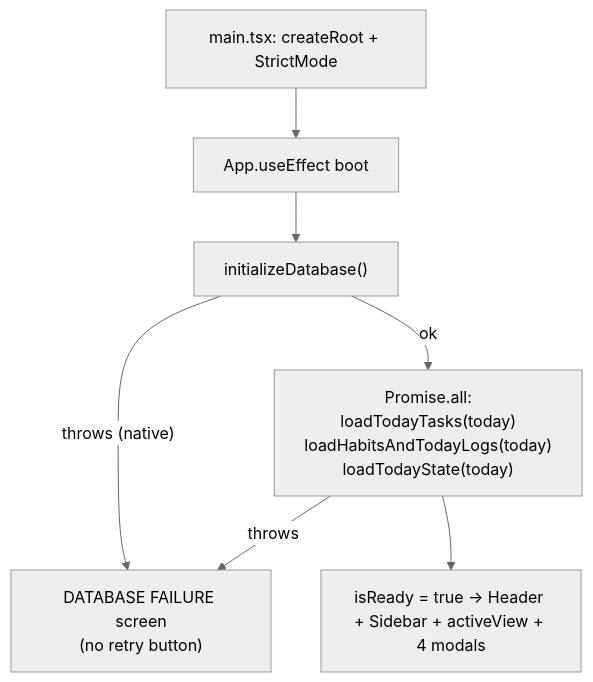
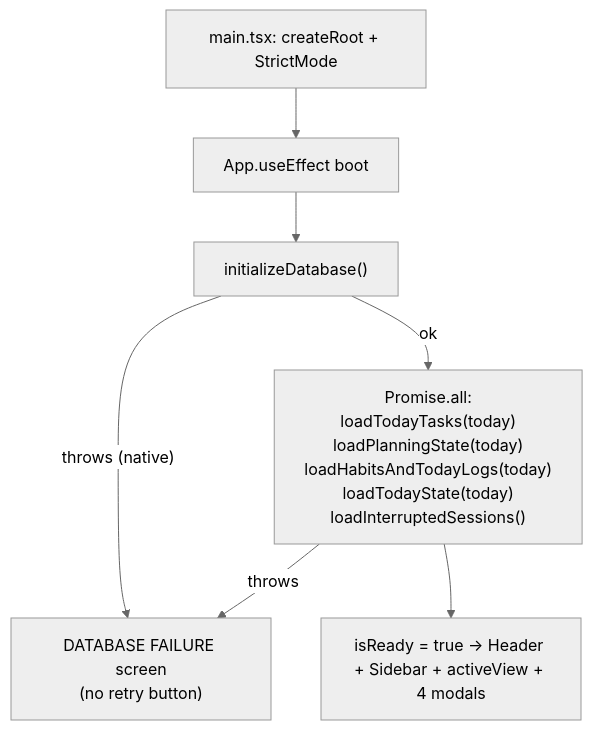
Before and after one commit to clueless-user/Trajectory: the second of 5 diagrams in .agents/KNOWLEDGE_GRAPH.md, drawn with Mermaid (neutral theme). The commit also changed other lines of this file, not shown here.

First line of the commit message:
docs: knowledge graph comprehensive pass — NOW/2A.5 era synced

````diff
--- a/.agents/KNOWLEDGE_GRAPH.md
+++ b/.agents/KNOWLEDGE_GRAPH.md
@@ -85,9 +86,9 @@
 ```mermaid
 graph TD
     M["main.tsx: createRoot + StrictMode"] --> B["App.useEffect boot"]
     B --> I["initializeDatabase()"]
     I -- "throws (native)" --> E["DATABASE FAILURE screen<br/>(no retry button)"]
-    I -- "ok" --> L["Promise.all:<br/>loadTodayTasks(today)<br/>loadHabitsAndTodayLogs(today)<br/>loadTodayState(today)"]
+    I -- "ok" --> L["Promise.all:<br/>loadTodayTasks(today)<br/>loadPlanningState(today)<br/>loadHabitsAndTodayLogs(today)<br/>loadTodayState(today)<br/>loadInterruptedSessions()"]
     L --> Rdy["isReady = true → Header + Sidebar + activeView + 4 modals"]
     L -- "throws" --> E
 ```
````
